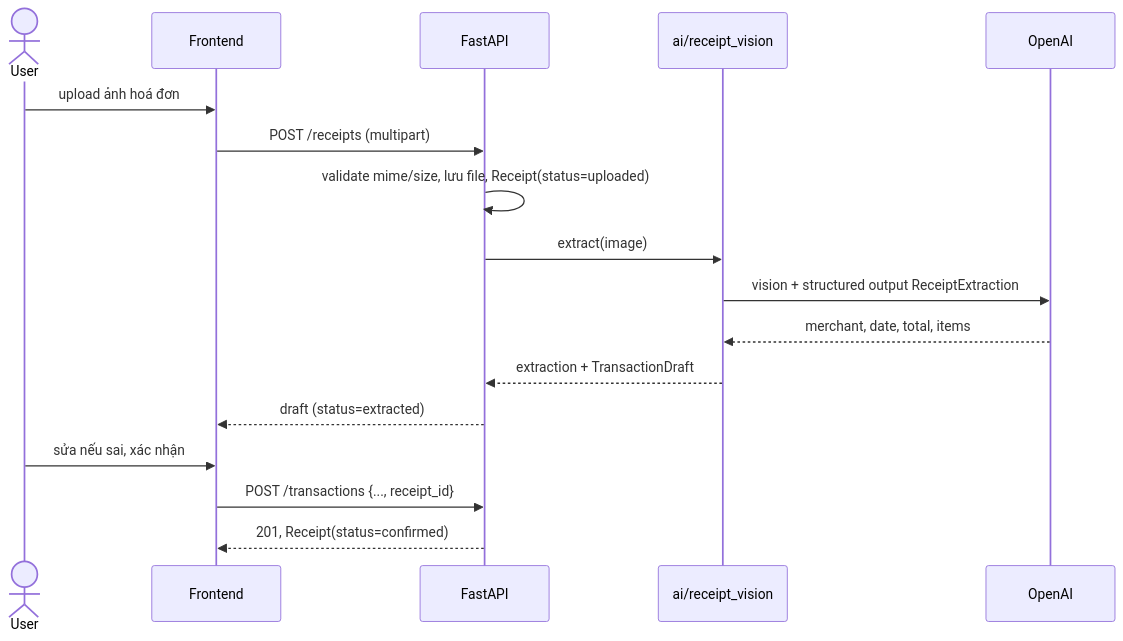
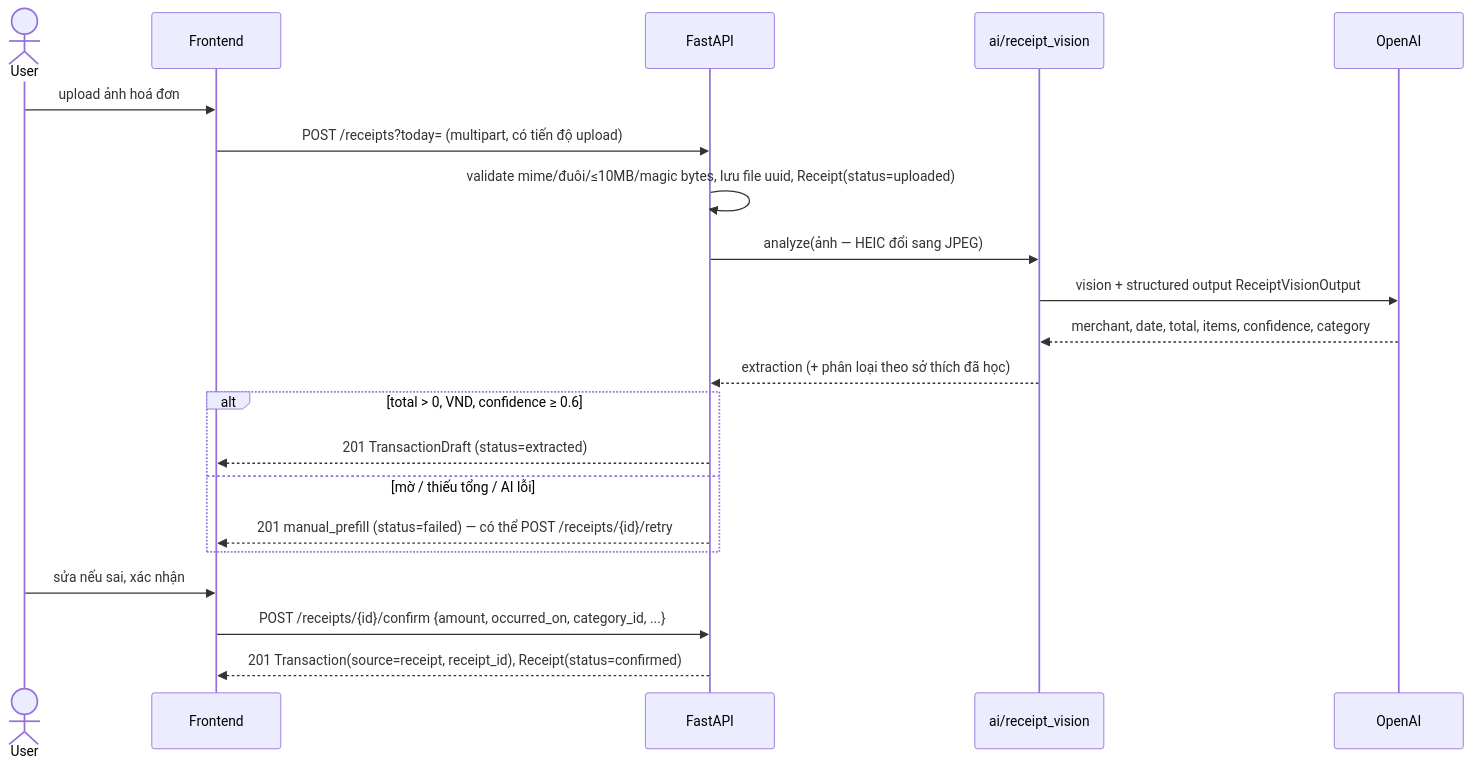
Before and after one commit to dangbh96/AI-personal-finance-assistant: the fifth of 7 diagrams in docs/architecture/sequences.md, drawn with Mermaid. The commit also changed 54 other files, not shown here.

````diff
--- a/docs/architecture/sequences.md
+++ b/docs/architecture/sequences.md
@@ -150,20 +150,24 @@
 ```mermaid
 sequenceDiagram
     actor U as User
     participant FE as Frontend
     participant API as FastAPI
     participant V as ai/receipt_vision
     participant OAI as OpenAI
 
     U->>FE: upload ảnh hoá đơn
-    FE->>API: POST /receipts (multipart)
-    API->>API: validate mime/size, lưu file, Receipt(status=uploaded)
-    API->>V: extract(image)
-    V->>OAI: vision + structured output ReceiptExtraction
-    OAI-->>V: merchant, date, total, items
-    V-->>API: extraction + TransactionDraft
-    API-->>FE: draft (status=extracted)
+    FE->>API: POST /receipts?today= (multipart, có tiến độ upload)
+    API->>API: validate mime/đuôi/≤10MB/magic bytes, lưu file uuid, Receipt(status=uploaded)
+    API->>V: analyze(ảnh — HEIC đổi sang JPEG)
+    V->>OAI: vision + structured output ReceiptVisionOutput
+    OAI-->>V: merchant, date, total, items, confidence, category
+    V-->>API: extraction (+ phân loại theo sở thích đã học)
+    alt total > 0, VND, confidence ≥ 0.6
+        API-->>FE: 201 TransactionDraft (status=extracted)
+    else mờ / thiếu tổng / AI lỗi
+        API-->>FE: 201 manual_prefill (status=failed) — có thể POST /receipts/{id}/retry
+    end
     U->>FE: sửa nếu sai, xác nhận
-    FE->>API: POST /transactions {..., receipt_id}
-    API-->>FE: 201, Receipt(status=confirmed)
+    FE->>API: POST /receipts/{id}/confirm {amount, occurred_on, category_id, ...}
+    API-->>FE: 201 Transaction(source=receipt, receipt_id), Receipt(status=confirmed)
 ```
````
